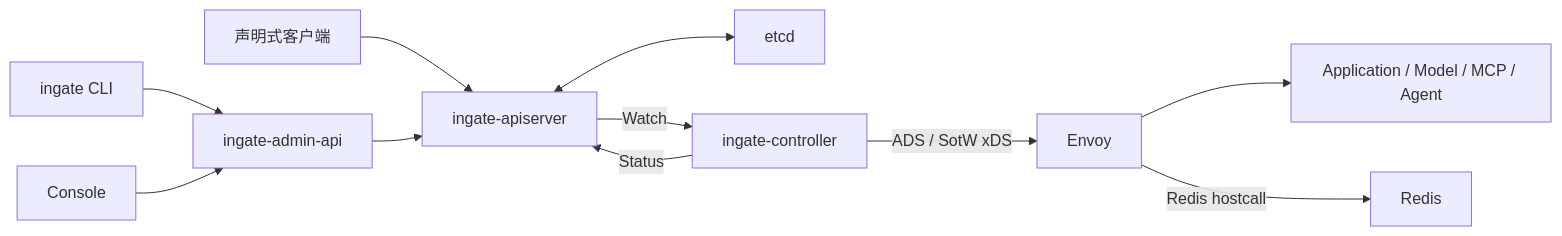
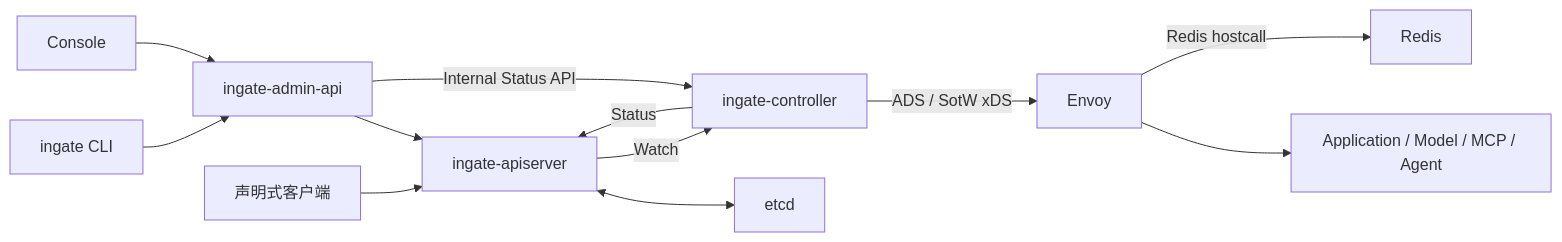
Before and after one commit to lgc202/ingate: the first of 3 diagrams in docs/superpowers/specs/2026-07-17-ingate-simplified-architecture-design.md, drawn with Mermaid. The commit also changed other lines of this file and 1 other file, not shown here.

Commit message:
docs: address architecture review

````diff
--- a/docs/superpowers/specs/2026-07-17-ingate-simplified-architecture-design.md
+++ b/docs/superpowers/specs/2026-07-17-ingate-simplified-architecture-design.md
@@ -98,13 +98,14 @@
 ```mermaid
 flowchart LR
     CLI["ingate CLI"] --> Admin["ingate-admin-api"]
     Console["Console"] --> Admin
     DeclarativeClient["声明式客户端"] --> API["ingate-apiserver"]
     Admin --> API
+    Admin -->|"Internal Status API"| Controller["ingate-controller"]
     API <--> Etcd["etcd"]
-    API -->|"Watch"| Controller["ingate-controller"]
+    API -->|"Watch"| Controller
     Controller -->|"Status"| API
     Controller -->|"ADS / SotW xDS"| Envoy["Envoy"]
     Envoy --> Backends["Application / Model / MCP / Agent"]
     Envoy -->|"Redis hostcall"| Redis["Redis"]
 ```
````
